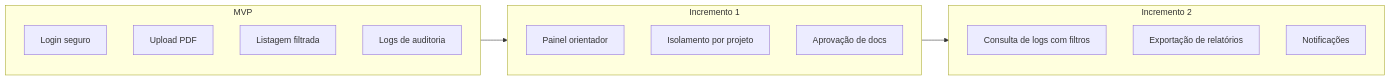
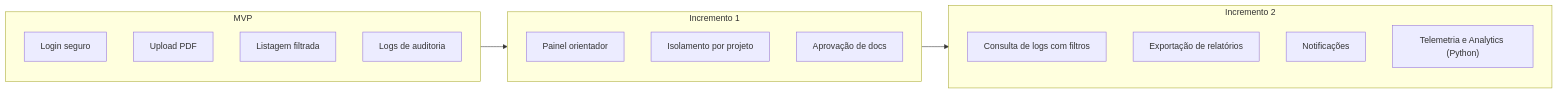
Before and after one commit to pedrohpsantos/EdTech: the diagram in docs/produto/strategy/canvas_mvp.md, drawn with Mermaid. The commit also changed 1 other file, not shown here.

Commit message:
docs: mover telemetria python para incrementos pos-mvp

````diff
--- a/docs/produto/strategy/canvas_mvp.md
+++ b/docs/produto/strategy/canvas_mvp.md
@@ -88,24 +88,25 @@
 ```mermaid
 flowchart LR
     subgraph MVP[" MVP"]
         M1["Login seguro"]
         M2["Upload PDF"]
         M3["Listagem filtrada"]
         M4["Logs de auditoria"]
     end
 
     subgraph Inc1[" Incremento 1"]
         I1["Painel orientador"]
         I2["Isolamento por projeto"]
         I3["Aprovação de docs"]
     end
 
     subgraph Inc2[" Incremento 2"]
         I4["Consulta de logs com filtros"]
         I5["Exportação de relatórios"]
         I6["Notificações"]
+        I7["Telemetria e Analytics (Python)"]
     end
 
     MVP --> Inc1
     Inc1 --> Inc2
 ```
````
